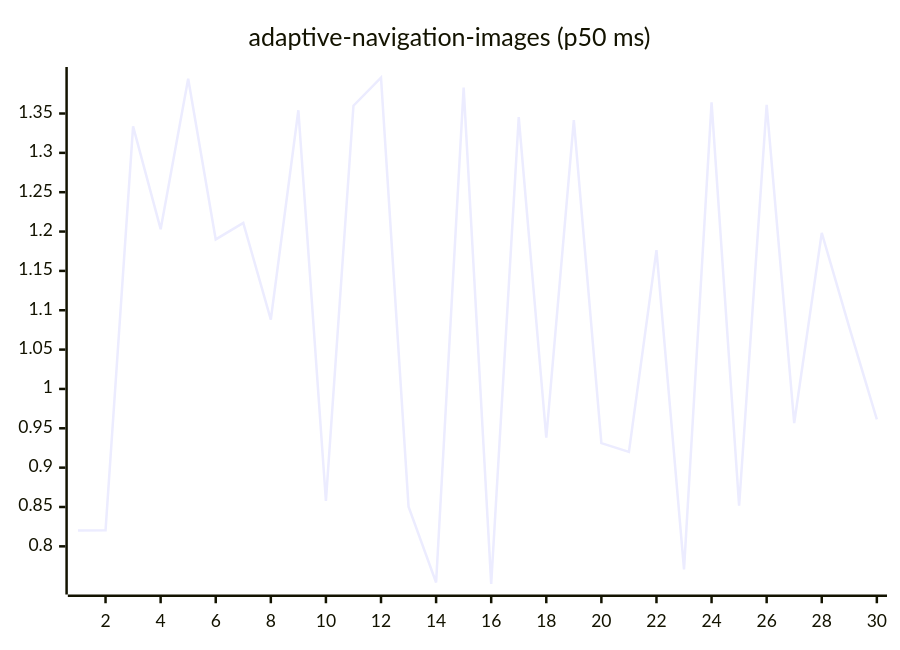
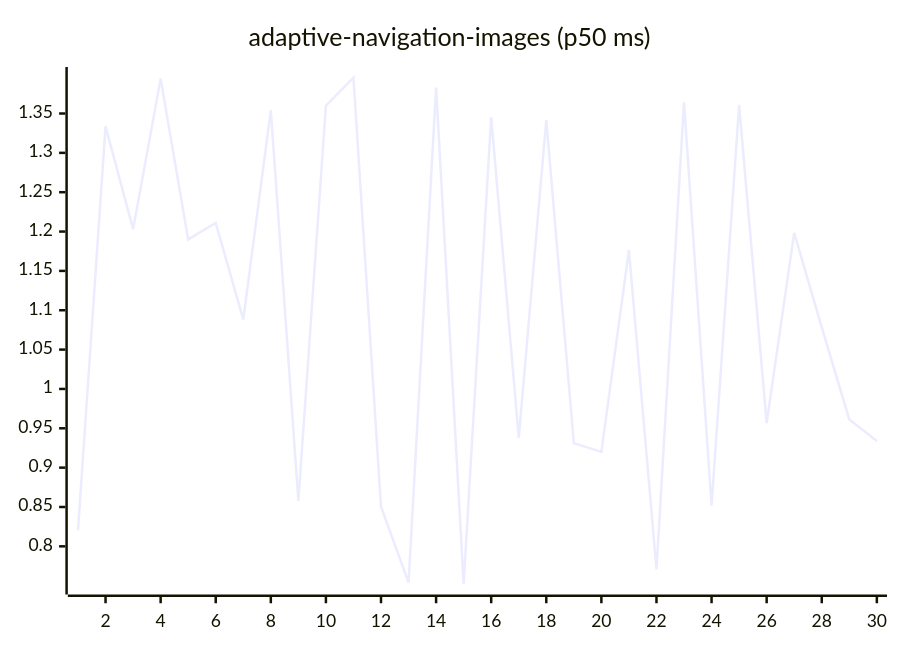
Before and after one commit to josha/Facet: the first of 27 diagrams in README.md, drawn with Mermaid. The commit also changed other lines of this file and 2 other files, not shown here.

````diff
--- a/README.md
+++ b/README.md
@@ -63,6 +63,6 @@
 ```mermaid
 xychart-beta
     title "adaptive-navigation-images (p50 ms)"
     x-axis 1 --> 30
-    line [0.8202, 0.8203, 1.3336, 1.2030, 1.3942, 1.1900, 1.2110, 1.0882, 1.3541, 0.8576, 1.3599, 1.3956, 0.8504, 0.7540, 1.3829, 0.7523, 1.3455, 0.9380, 1.3415, 0.9312, 0.9201, 1.1763, 0.7707, 1.3642, 0.8516, 1.3610, 0.9567, 1.1983, 1.0783, 0.9612]
+    line [0.8203, 1.3336, 1.2030, 1.3942, 1.1900, 1.2110, 1.0882, 1.3541, 0.8576, 1.3599, 1.3956, 0.8504, 0.7540, 1.3829, 0.7523, 1.3455, 0.9380, 1.3415, 0.9312, 0.9201, 1.1763, 0.7707, 1.3642, 0.8516, 1.3610, 0.9567, 1.1983, 1.0783, 0.9612, 0.9339]
 ```
````
